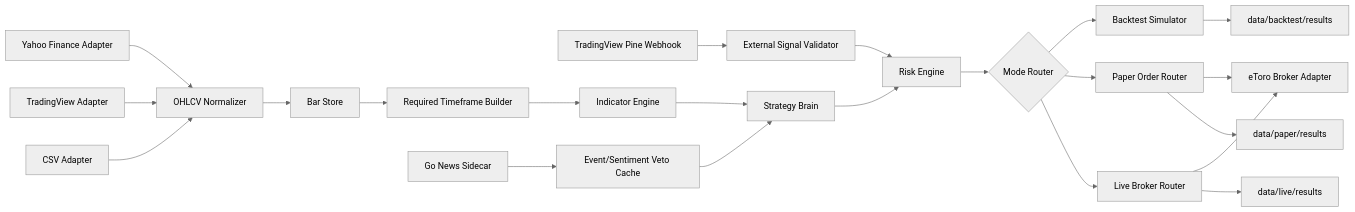
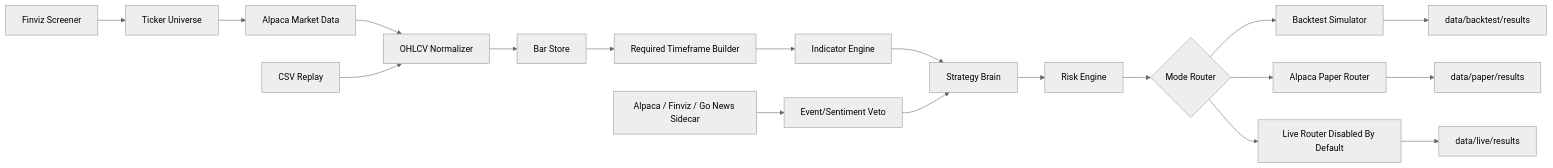
Before and after one commit to manishgh/trading_flow: the first of 2 diagrams in docs/architecture.md, drawn with Mermaid (neutral theme). The commit also changed other lines of this file and 165 other files, not shown here.

````diff
--- a/docs/architecture.md
+++ b/docs/architecture.md
@@ -5,28 +5,25 @@
 ```mermaid
 flowchart LR
-    Y["Yahoo Finance Adapter"] --> N["OHLCV Normalizer"]
-    TV["TradingView Adapter"] --> N
-    CSV["CSV Adapter"] --> N
-    TVW["TradingView Pine Webhook"] --> X["External Signal Validator"]
+    A["Alpaca Market Data"] --> N["OHLCV Normalizer"]
+    CSV["CSV Replay"] --> N
+    F["Finviz Screener"] --> U["Ticker Universe"]
+    U --> A
 
     N --> S["Bar Store"]
     S --> TF["Required Timeframe Builder"]
     TF --> I["Indicator Engine"]
     I --> C["Strategy Brain"]
-    X --> R
 
-    G["Go News Sidecar"] --> V["Event/Sentiment Veto Cache"]
+    News["Alpaca / Finviz / Go News Sidecar"] --> V["Event/Sentiment Veto"]
     V --> C
 
     C --> R["Risk Engine"]
     R --> O{"Mode Router"}
     O --> B["Backtest Simulator"]
-    O --> P["Paper Order Router"]
-    O --> L["Live Broker Router"]
-    L --> E["eToro Broker Adapter"]
-    P --> E
+    O --> P["Alpaca Paper Router"]
+    O --> L["Live Router Disabled By Default"]
 
     B --> BA["data/backtest/results"]
     P --> PA["data/paper/results"]
     L --> LA["data/live/results"]
 ```
````
